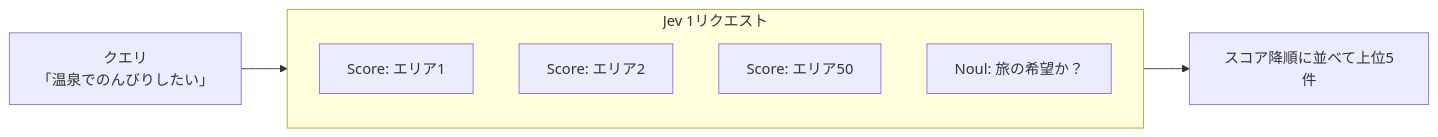
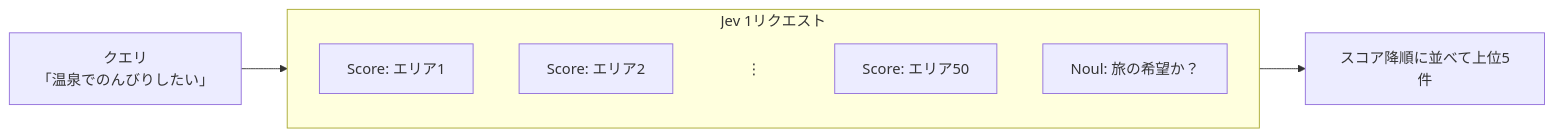
One commit to tmp-friends/zenn-docs changed the diagram in articles/jev-zero-shot-area-recommend.md. Above: the diagram before and after it, drawn with Mermaid. The commit also changed other lines of this file, not shown here.

Commit message:
docs: simplify Jev features and show omitted areas in diagram

````diff
--- a/articles/jev-zero-shot-area-recommend.md
+++ b/articles/jev-zero-shot-area-recommend.md
@@ -66,12 +60,14 @@
 ```mermaid
 flowchart LR
     Q["クエリ<br/>「温泉でのんびりしたい」"] --> S
     subgraph S["Jev 1リクエスト"]
         direction TB
         A1["Score: エリア1"]
         A2["Score: エリア2"]
+        Dots["⋮"]
         An["Score: エリア50"]
         W["Noul: 旅の希望か？"]
+        style Dots fill:none,stroke:none
     end
     S --> R["スコア降順に並べて上位5件"]
 ```
````
